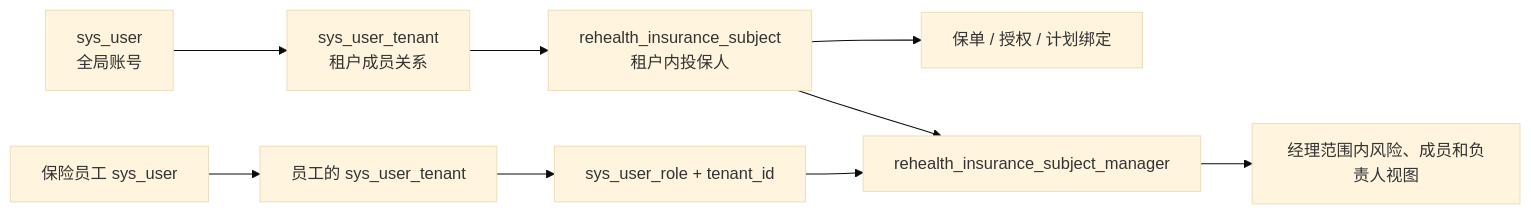
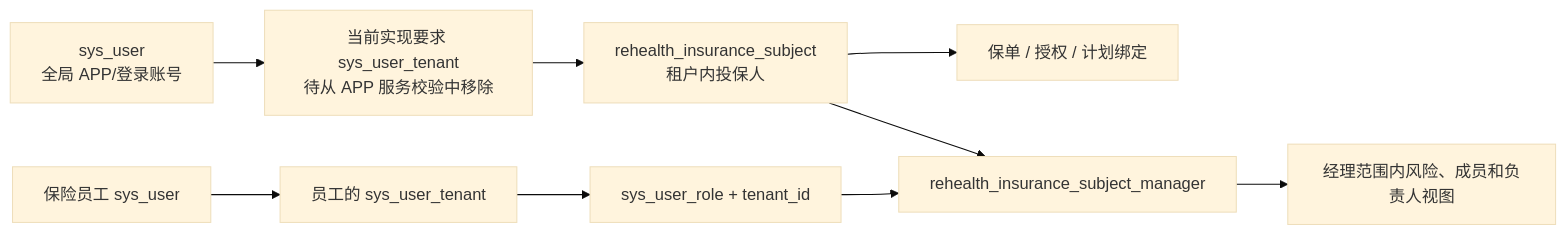
The diagram in backend/contracts/INSURANCE_STAFF_APP_USER_MATCHING_ANALYSIS.md (wjmlong/rehealth_tongbu), drawn with Mermaid (base theme) before and after one commit. The commit also changed other lines of this file and 3 other files, not shown here.

Commit message:
docs(insurance): generalize app service enrollment

````diff
--- a/backend/contracts/INSURANCE_STAFF_APP_USER_MATCHING_ANALYSIS.md
+++ b/backend/contracts/INSURANCE_STAFF_APP_USER_MATCHING_ANALYSIS.md
@@ -100,11 +107,11 @@
 ```mermaid
 flowchart LR
-    Account["sys_user<br/>全局账号"] --> Membership["sys_user_tenant<br/>租户成员关系"]
-    Membership --> Subject["rehealth_insurance_subject<br/>租户内投保人"]
+    Account["sys_user<br/>全局 APP/登录账号"] --> CurrentMembership["当前实现要求 sys_user_tenant<br/>待从 APP 服务校验中移除"]
+    CurrentMembership --> Subject["rehealth_insurance_subject<br/>租户内投保人"]
     Subject --> Policy["保单 / 授权 / 计划绑定"]
     Staff["保险员工 sys_user"] --> StaffMembership["员工的 sys_user_tenant"]
     StaffMembership --> StaffRole["sys_user_role + tenant_id"]
     StaffRole --> Assignment["rehealth_insurance_subject_manager"]
     Subject --> Assignment
     Assignment --> ScopedView["经理范围内风险、成员和负责人视图"]
 ```
````
